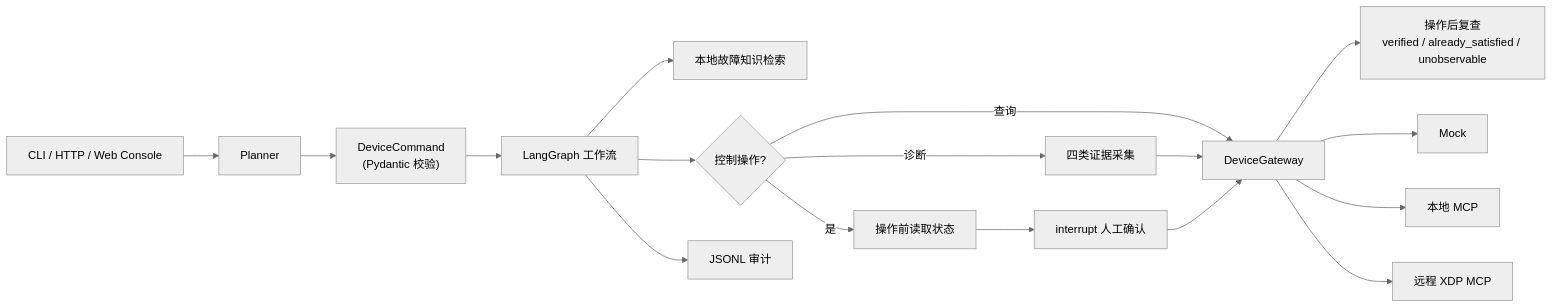
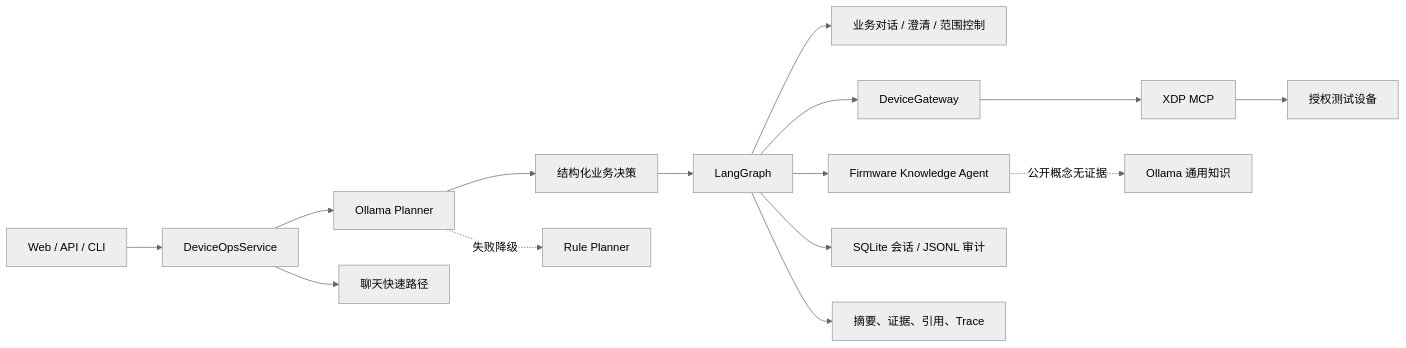
The diagram in README.md (yuzhouzhishen/device-agent-lab), drawn with Mermaid (neutral theme) before and after one commit. The commit also changed other lines of this file and 45 other files, not shown here.

Commit message:
feat: 完成 DeviceOps Agent 1.6.0 公开基线

````diff
--- a/README.md
+++ b/README.md
@@ -27,19 +30,17 @@
 ```mermaid
 flowchart LR
-    U["CLI / HTTP / Web Console"] --> P["Planner"]
-    P --> C["DeviceCommand<br/>(Pydantic 校验)"]
-    C --> G["LangGraph 工作流"]
-    G --> K["本地故障知识检索"]
-    G --> H{"控制操作?"}
-    H -->|查询| D["DeviceGateway"]
-    H -->|诊断| E["四类证据采集"]
-    E --> D
-    H -->|是| B["操作前读取状态"]
-    B --> I["interrupt 人工确认"]
-    I --> D
-    D --> V["操作后复查<br/>verified / already_satisfied / unobservable"]
-    D --> M["Mock"]
-    D --> L["本地 MCP"]
-    D --> X["远程 XDP MCP"]
-    G --> A["JSONL 审计"]
+    U["Web / API / CLI"] --> S["DeviceOpsService"]
+    S --> P["Ollama Planner"]
+    S --> F["聊天快速路径"]
+    P --> C["结构化业务决策"]
+    P -. "失败降级" .-> R["Rule Planner"]
+    C --> G["LangGraph"]
+    G --> H["业务对话 / 澄清 / 范围控制"]
+    G --> X["DeviceGateway"]
+    X --> M["XDP MCP"]
+    M --> D["授权测试设备"]
+    G --> K["Firmware Knowledge Agent"]
+    K -. "公开概念无证据" .-> L["Ollama 通用知识"]
+    G --> A["SQLite 会话 / JSONL 审计"]
+    G --> O["摘要、证据、引用、Trace"]
 ```
````
